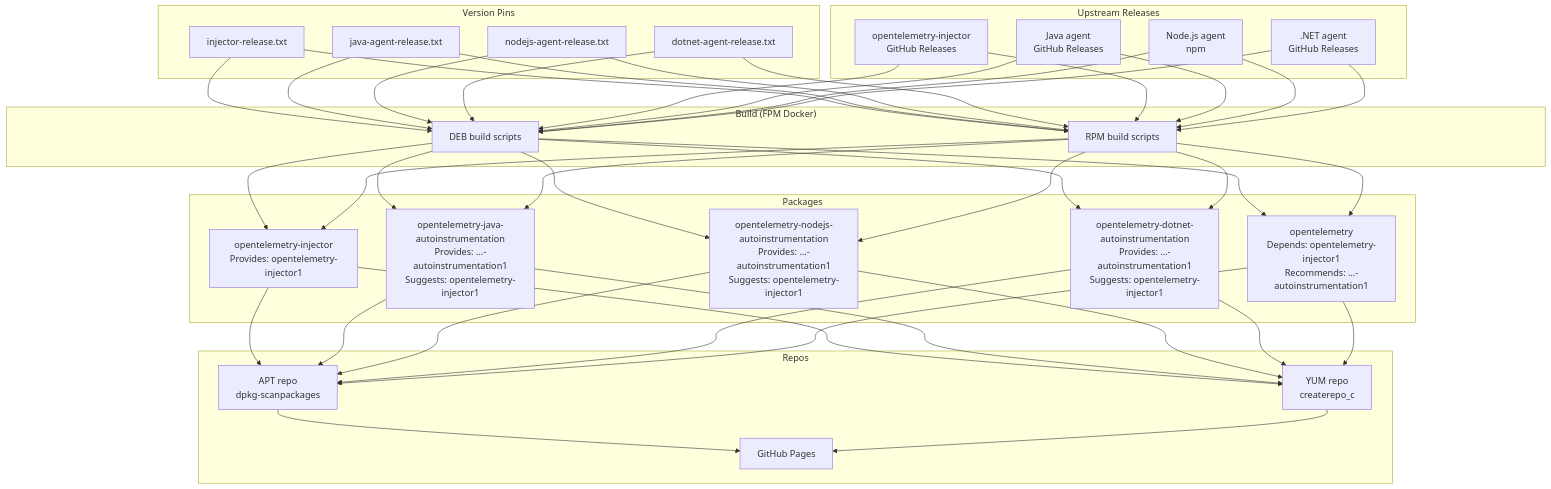
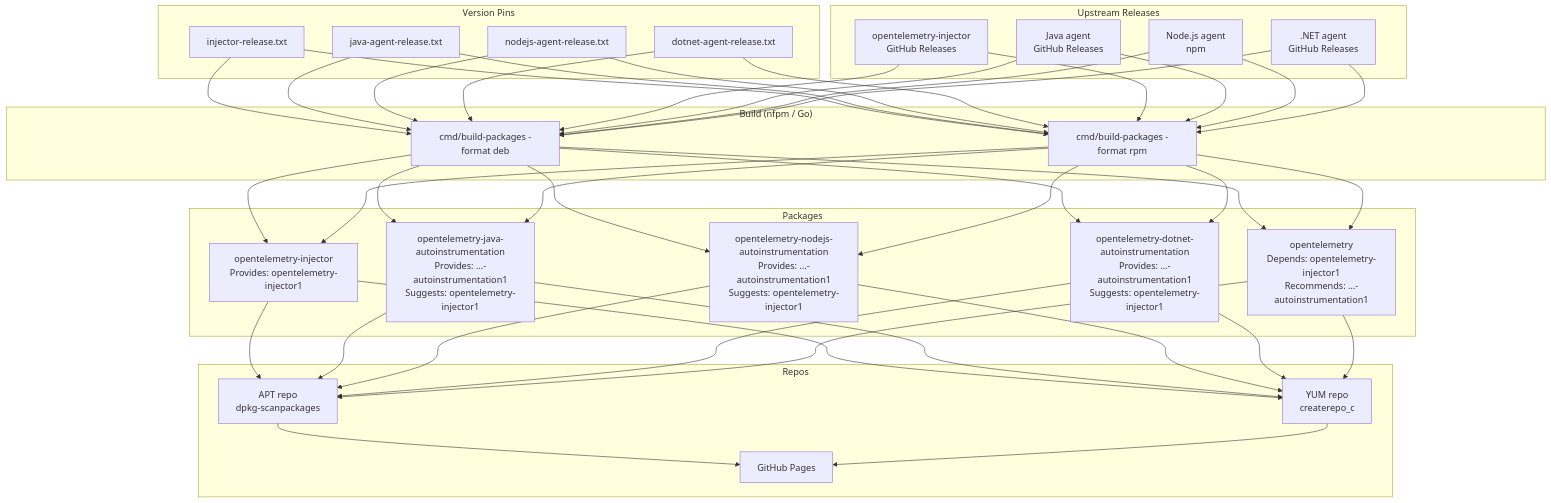
The diagram in docs/plans/2026-06-17-001-feat-packaging-build-infrastructure-plan.md (open-telemetry/opentelemetry-packaging), drawn with Mermaid before and after one commit. The commit also changed other lines of this file, not shown here.

````diff
--- a/docs/plans/2026-06-17-001-feat-packaging-build-infrastructure-plan.md
+++ b/docs/plans/2026-06-17-001-feat-packaging-build-infrastructure-plan.md
@@ -76,78 +82,78 @@
 ```mermaid
 flowchart TB
     subgraph "Upstream Releases"
         INJ_REL["opentelemetry-injector<br/>GitHub Releases"]
         JAVA_REL["Java agent<br/>GitHub Releases"]
         NODE_REL["Node.js agent<br/>npm"]
         NET_REL[".NET agent<br/>GitHub Releases"]
     end
 
     subgraph "Version Pins"
         INJ_VER["injector-release.txt"]
         JAVA_VER["java-agent-release.txt"]
         NODE_VER["nodejs-agent-release.txt"]
         NET_VER["dotnet-agent-release.txt"]
     end
 
-    subgraph "Build (FPM Docker)"
-        DEB_BUILD["DEB build scripts"]
-        RPM_BUILD["RPM build scripts"]
+    subgraph "Build (nfpm / Go)"
+        DEB_BUILD["cmd/build-packages -format deb"]
+        RPM_BUILD["cmd/build-packages -format rpm"]
     end
 
     subgraph "Packages"
         INJ_PKG["opentelemetry-injector<br/>Provides: opentelemetry-injector1"]
         JAVA_PKG["opentelemetry-java-autoinstrumentation<br/>Provides: …-autoinstrumentation1<br/>Suggests: opentelemetry-injector1"]
         NODE_PKG["opentelemetry-nodejs-autoinstrumentation<br/>Provides: …-autoinstrumentation1<br/>Suggests: opentelemetry-injector1"]
         NET_PKG["opentelemetry-dotnet-autoinstrumentation<br/>Provides: …-autoinstrumentation1<br/>Suggests: opentelemetry-injector1"]
         META_PKG["opentelemetry<br/>Depends: opentelemetry-injector1<br/>Recommends: …-autoinstrumentation1"]
     end
 
     subgraph "Repos"
         APT["APT repo<br/>dpkg-scanpackages"]
         YUM["YUM repo<br/>createrepo_c"]
         PAGES["GitHub Pages"]
     end
 
     INJ_VER --> DEB_BUILD
     JAVA_VER --> DEB_BUILD
     NODE_VER --> DEB_BUILD
     NET_VER --> DEB_BUILD
     INJ_VER --> RPM_BUILD
     JAVA_VER --> RPM_BUILD
     NODE_VER --> RPM_BUILD
     NET_VER --> RPM_BUILD
 
     INJ_REL --> DEB_BUILD
     JAVA_REL --> DEB_BUILD
     NODE_REL --> DEB_BUILD
     NET_REL --> DEB_BUILD
     INJ_REL --> RPM_BUILD
     JAVA_REL --> RPM_BUILD
     NODE_REL --> RPM_BUILD
     NET_REL --> RPM_BUILD
 
     DEB_BUILD --> INJ_PKG
     DEB_BUILD --> JAVA_PKG
     DEB_BUILD --> NODE_PKG
     DEB_BUILD --> NET_PKG
     DEB_BUILD --> META_PKG
     RPM_BUILD --> INJ_PKG
     RPM_BUILD --> JAVA_PKG
     RPM_BUILD --> NODE_PKG
     RPM_BUILD --> NET_PKG
     RPM_BUILD --> META_PKG
 
     INJ_PKG --> APT
     JAVA_PKG --> APT
     NODE_PKG --> APT
     NET_PKG --> APT
     META_PKG --> APT
     INJ_PKG --> YUM
     JAVA_PKG --> YUM
     NODE_PKG --> YUM
     NET_PKG --> YUM
     META_PKG --> YUM
 
     APT --> PAGES
     YUM --> PAGES
 ```
````
